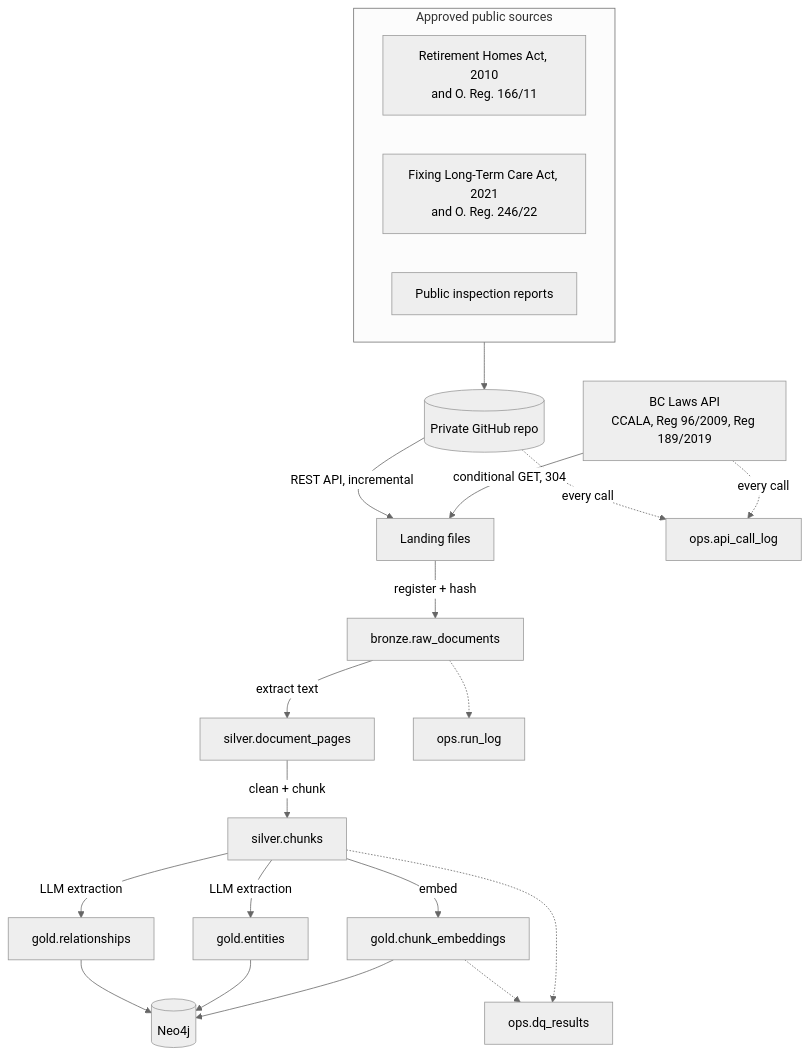
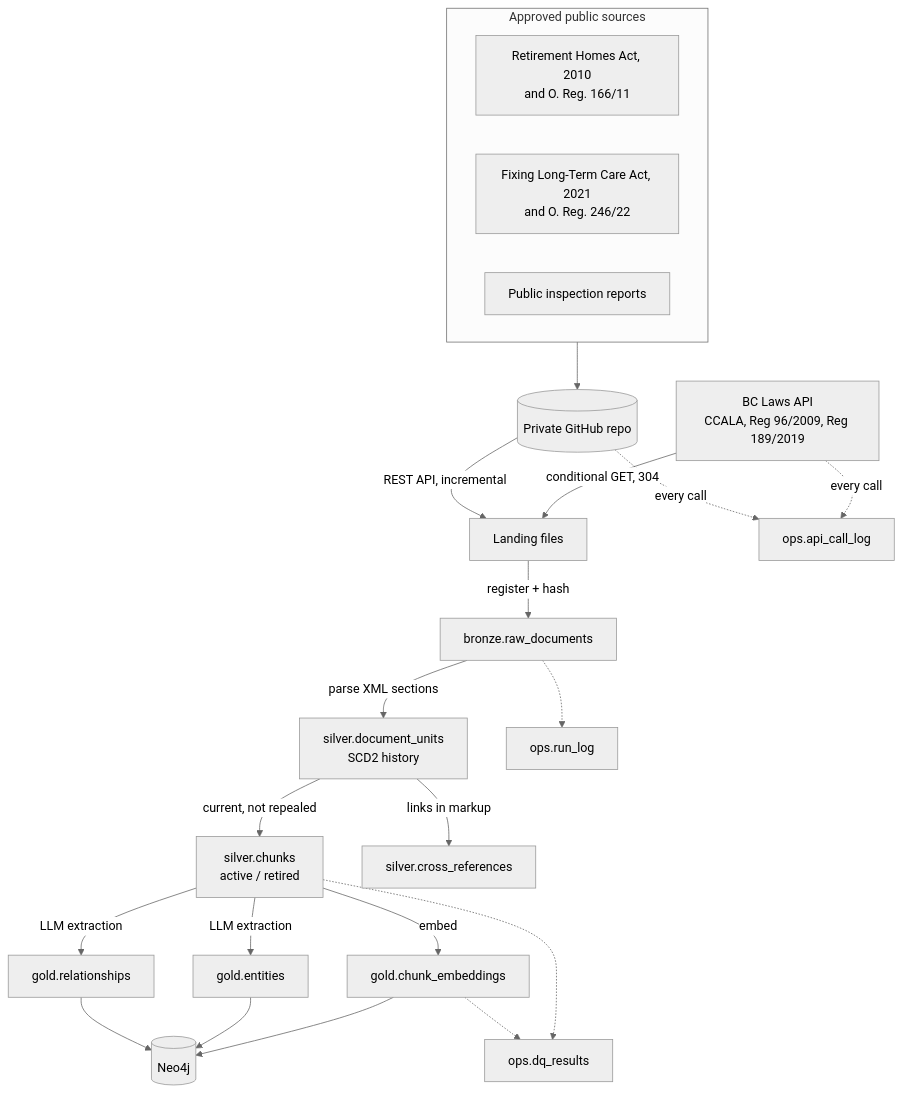
Before and after one commit to sharmagaurav5892-svg/care-reg-platform: the first of 2 diagrams in docs/01_architecture.md, drawn with Mermaid (neutral theme). The commit also changed 4 other files, not shown here.

Commit message:
Wire silver into the Databricks job; ADR-009; architecture and lineage docs

````diff
--- a/docs/01_architecture.md
+++ b/docs/01_architecture.md
@@ -14,25 +14,26 @@
 ```mermaid
 flowchart TB
     subgraph SRC[Approved public sources]
       S1[Retirement Homes Act, 2010<br/>and O. Reg. 166/11]
       S2[Fixing Long-Term Care Act, 2021<br/>and O. Reg. 246/22]
       S3[Public inspection reports]
     end
     BC[BC Laws API<br/>CCALA, Reg 96/2009, Reg 189/2019] -->|conditional GET, 304| L[Landing files]
     SRC --> GH[(Private GitHub repo)]
     GH -->|REST API, incremental| L
     BC -.->|every call| AL[ops.api_call_log]
     GH -.->|every call| AL
     L -->|register + hash| B[bronze.raw_documents]
-    B -->|extract text| SP[silver.document_pages]
-    SP -->|clean + chunk| SC[silver.chunks]
+    B -->|parse XML sections| SU[silver.document_units<br/>SCD2 history]
+    SU -->|current, not repealed| SC[silver.chunks<br/>active / retired]
+    SU -->|links in markup| SX[silver.cross_references]
     SC -->|embed| GE[gold.chunk_embeddings]
     SC -->|LLM extraction| GN[gold.entities]
     SC -->|LLM extraction| GR[gold.relationships]
     GE --> N[(Neo4j)]
     GN --> N
     GR --> N
     B -.-> RL[ops.run_log]
     SC -.-> DQ[ops.dq_results]
     GE -.-> DQ
 ```
````
